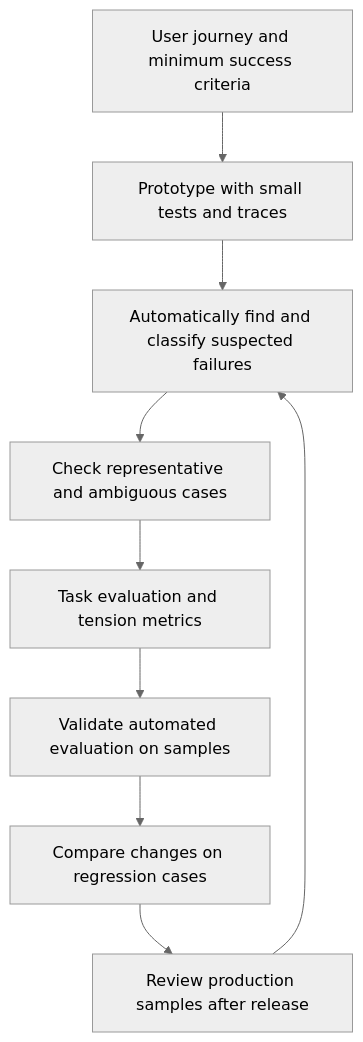
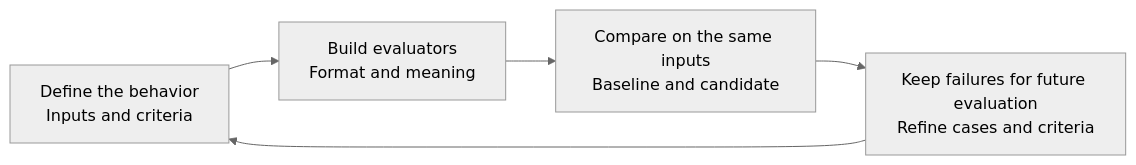
The first of 2 diagrams in _en/2026-10-05-evaluating-new-agent-applications.md (haandol/haandol.github.com), drawn with Mermaid (neutral theme) before and after one commit. The commit also changed other lines of this file and 1 other file, not shown here.

Commit message:
Rewrite agent evaluation post as an EncBird walkthrough

````diff
--- a/_en/2026-10-05-evaluating-new-agent-applications.md
+++ b/_en/2026-10-05-evaluating-new-agent-applications.md
@@ -41,11 +37,7 @@
 ```mermaid
-flowchart TD
-    A["User journey and minimum success criteria"] --> B["Prototype with small tests and traces"]
-    B --> C["Automatically find and classify suspected failures"]
-    C --> D["Check representative and ambiguous cases"]
-    D --> E["Task evaluation and tension metrics"]
-    E --> F["Validate automated evaluation on samples"]
-    F --> G["Compare changes on regression cases"]
-    G --> H["Review production samples after release"]
-    H --> C
+flowchart LR
+    A["Define the behavior<br/>Inputs and criteria"] --> B["Build evaluators<br/>Format and meaning"]
+    B --> C["Compare on the same inputs<br/>Baseline and candidate"]
+    C --> D["Keep failures for future evaluation<br/>Refine cases and criteria"]
+    D --> A
 ```
````
